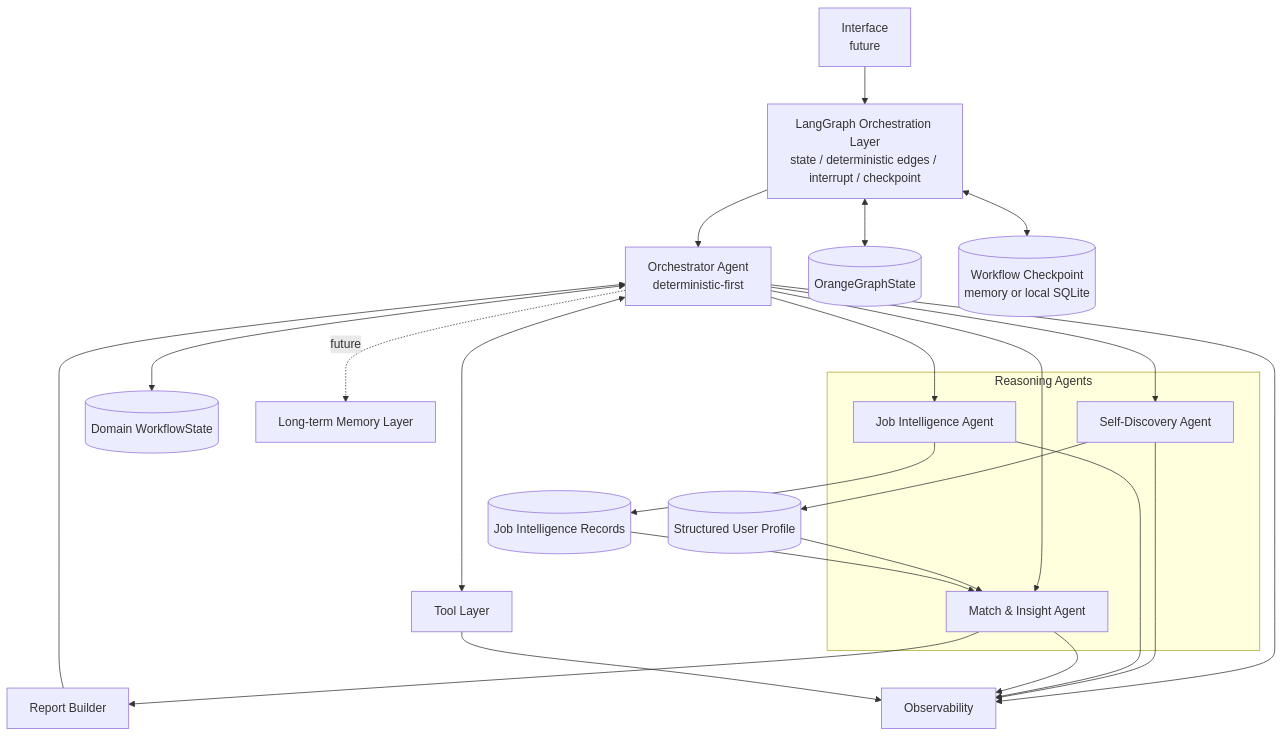
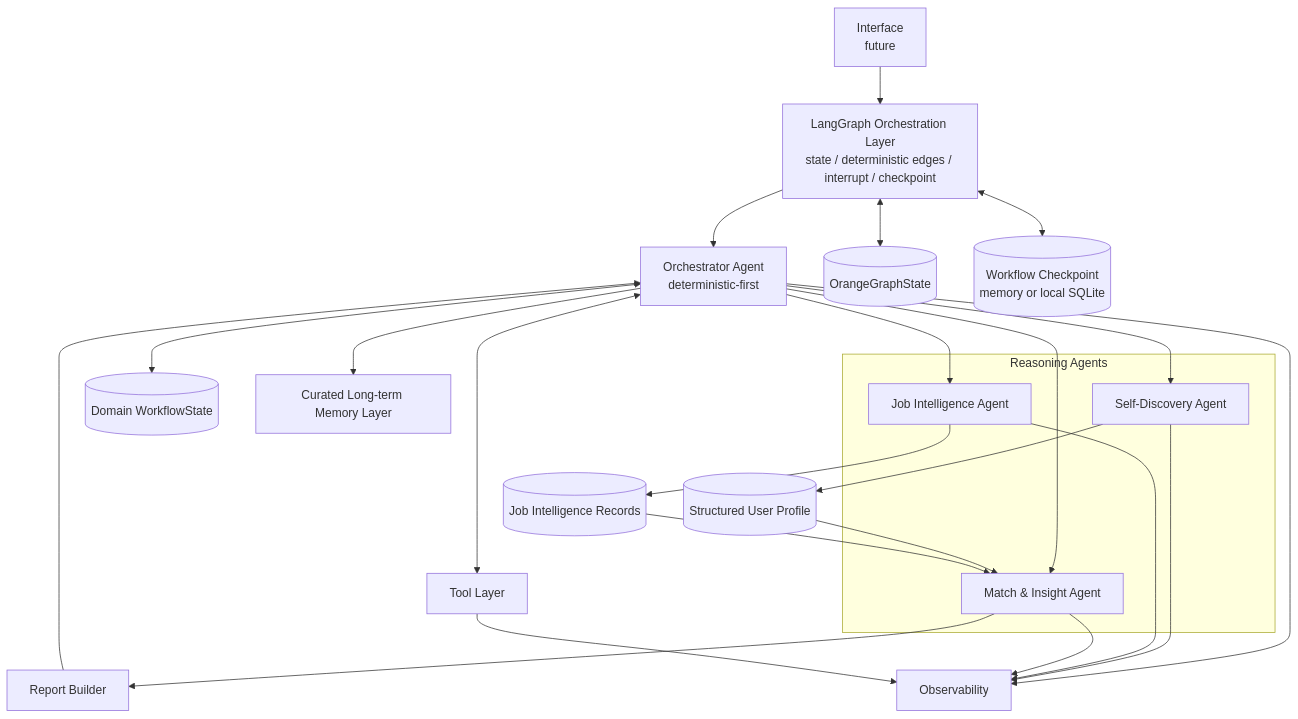
Before and after one commit to wangzch337-max/orange-career-agent: the first of 11 diagrams in ARCHITECTURE.md, drawn with Mermaid. The commit also changed other lines of this file and 24 other files, not shown here.

Commit message:
feat: add structured persistent memory layer

````diff
--- a/ARCHITECTURE.md
+++ b/ARCHITECTURE.md
@@ -11,32 +11,32 @@
 ```mermaid
 flowchart TB
     UI[Interface<br/>future] --> LG[LangGraph Orchestration Layer<br/>state / deterministic edges / interrupt / checkpoint]
     LG --> O[Orchestrator Agent<br/>deterministic-first]
 
     subgraph Reasoning[Reasoning Agents]
       S[Self-Discovery Agent]
       J[Job Intelligence Agent]
       M[Match & Insight Agent]
     end
 
     O --> S
     O --> J
     O --> M
     S --> UP[(Structured User Profile)]
     J --> JR[(Job Intelligence Records)]
     UP --> M
     JR --> M
     M --> RB[Report Builder]
     RB --> O
 
     LG <--> GS[(OrangeGraphState)]
     LG <--> CP[(Workflow Checkpoint<br/>memory or local SQLite)]
     O <--> SS[(Domain WorkflowState)]
-    O -. future .-> ML[Long-term Memory Layer]
+    O --> ML[Curated Long-term Memory Layer]
     O <--> TL[Tool Layer]
     O --> OB[Observability]
     S --> OB
     J --> OB
     M --> OB
     TL --> OB
 ```
````
